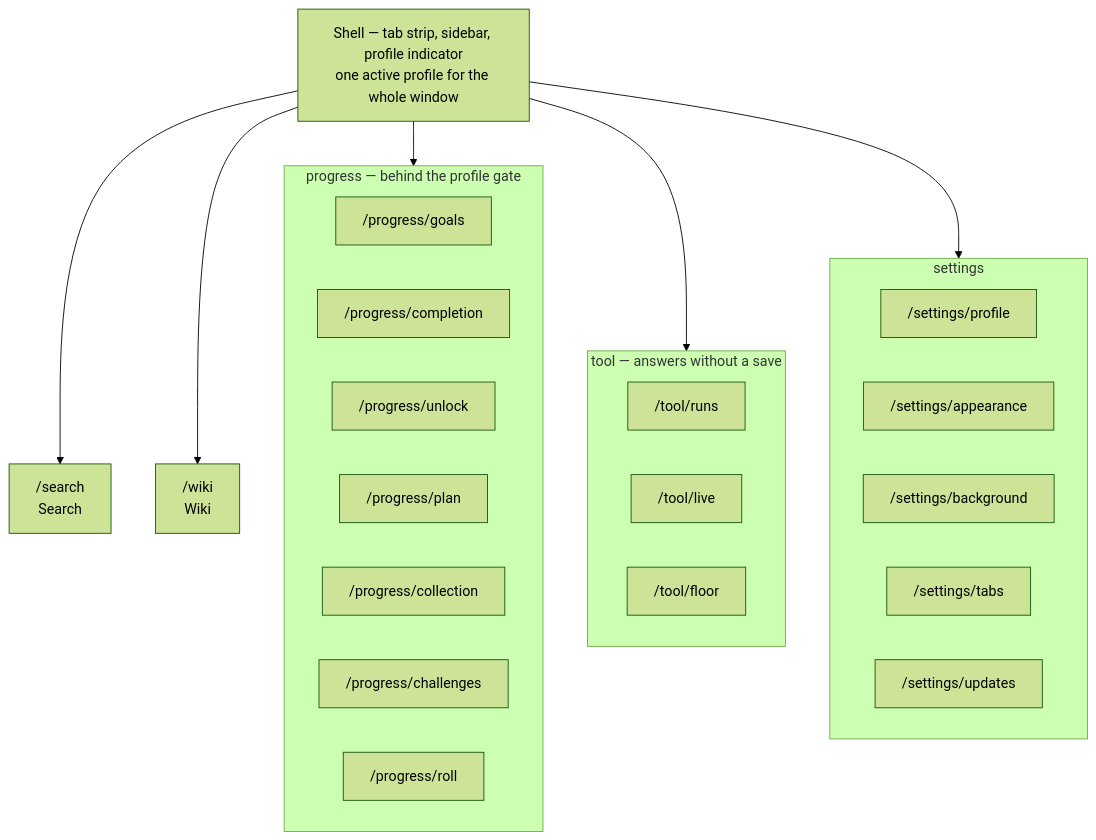
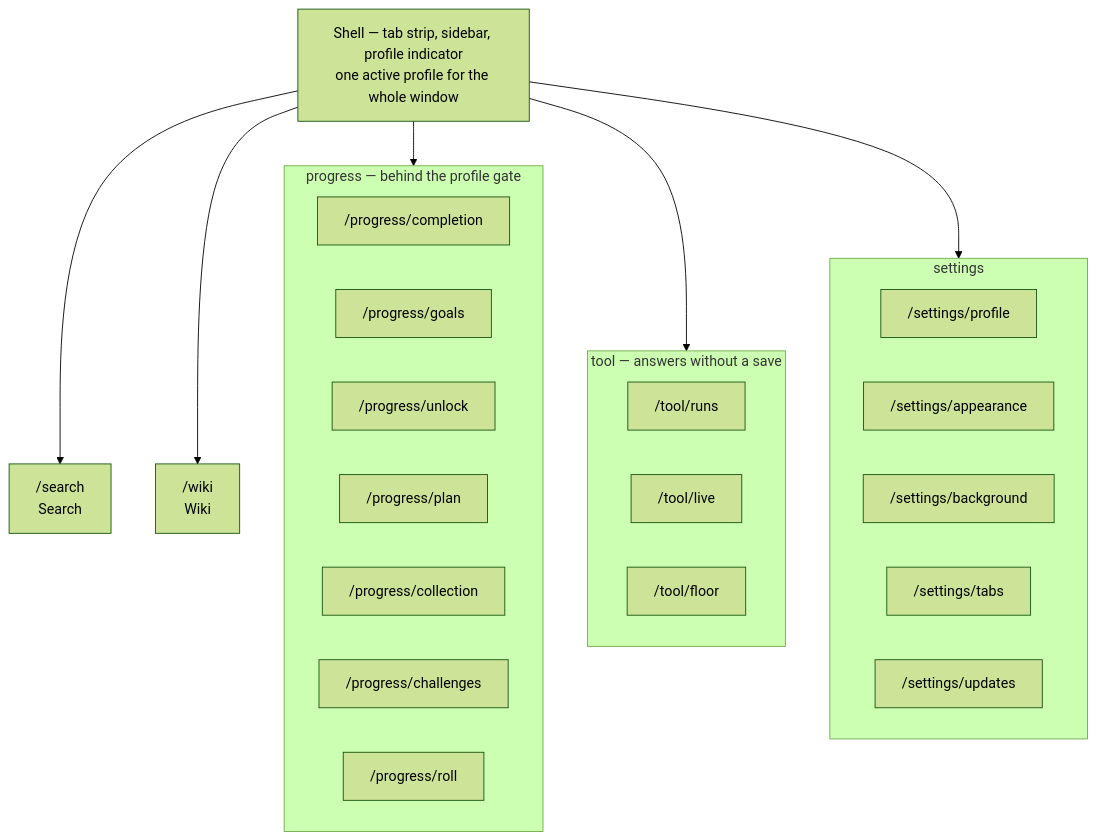
Before and after one commit to DomenghiniStefano/isaac-dome: the third of 4 diagrams in docs/architecture.md, drawn with Mermaid (forest theme). The commit also changed other lines of this file and 4 other files, not shown here.

````diff
--- a/docs/architecture.md
+++ b/docs/architecture.md
@@ -239,34 +239,34 @@
 ```mermaid
 flowchart TD
   shell["Shell — tab strip, sidebar, profile indicator<br/>one active profile for the whole window"]
 
   shell --> searchRoute["/search<br/>Search"]
   shell --> progressGroup
   shell --> toolGroup
   shell --> wikiRoute["/wiki<br/>Wiki"]
   shell --> settingsGroup
 
   subgraph progressGroup["progress — behind the profile gate"]
+    completion["/progress/completion"]
     goals["/progress/goals"]
-    completion["/progress/completion"]
     unlock["/progress/unlock"]
     planr["/progress/plan"]
     collection["/progress/collection"]
     challengesr["/progress/challenges"]
     rollr["/progress/roll"]
   end
 
   subgraph toolGroup["tool — answers without a save"]
     runsr["/tool/runs"]
     liver["/tool/live"]
     floorr["/tool/floor"]
   end
 
   subgraph settingsGroup["settings"]
     profiler["/settings/profile"]
     appearance["/settings/appearance"]
     background["/settings/background"]
     tabsr["/settings/tabs"]
     updatesr["/settings/updates"]
   end
 ```
````
